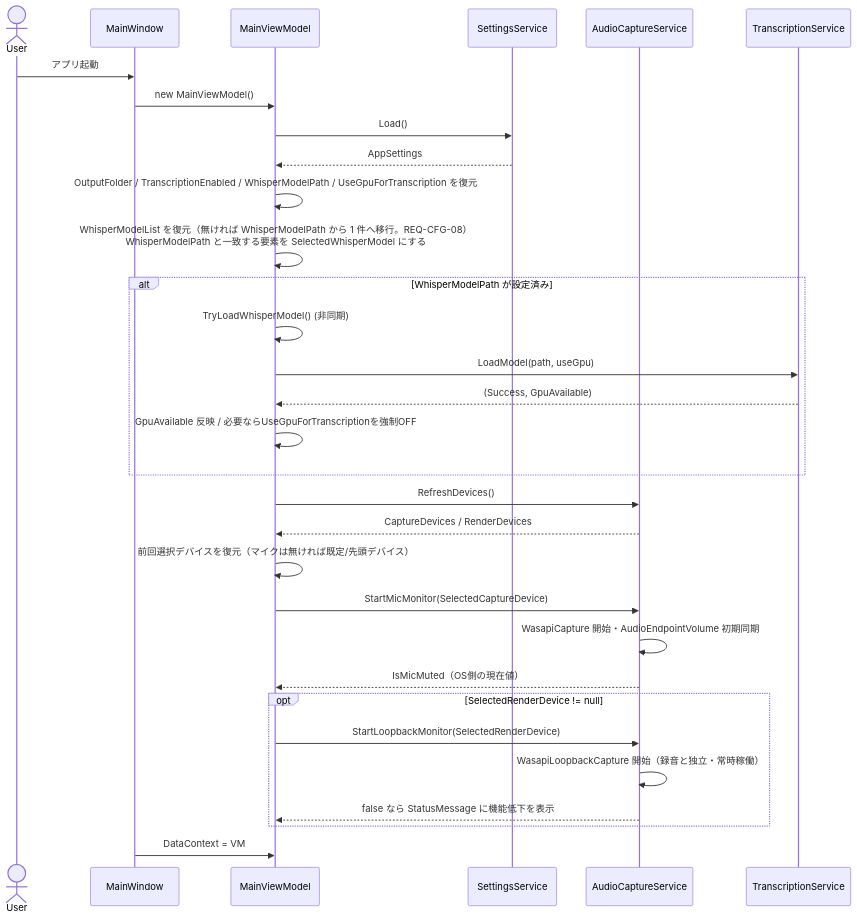
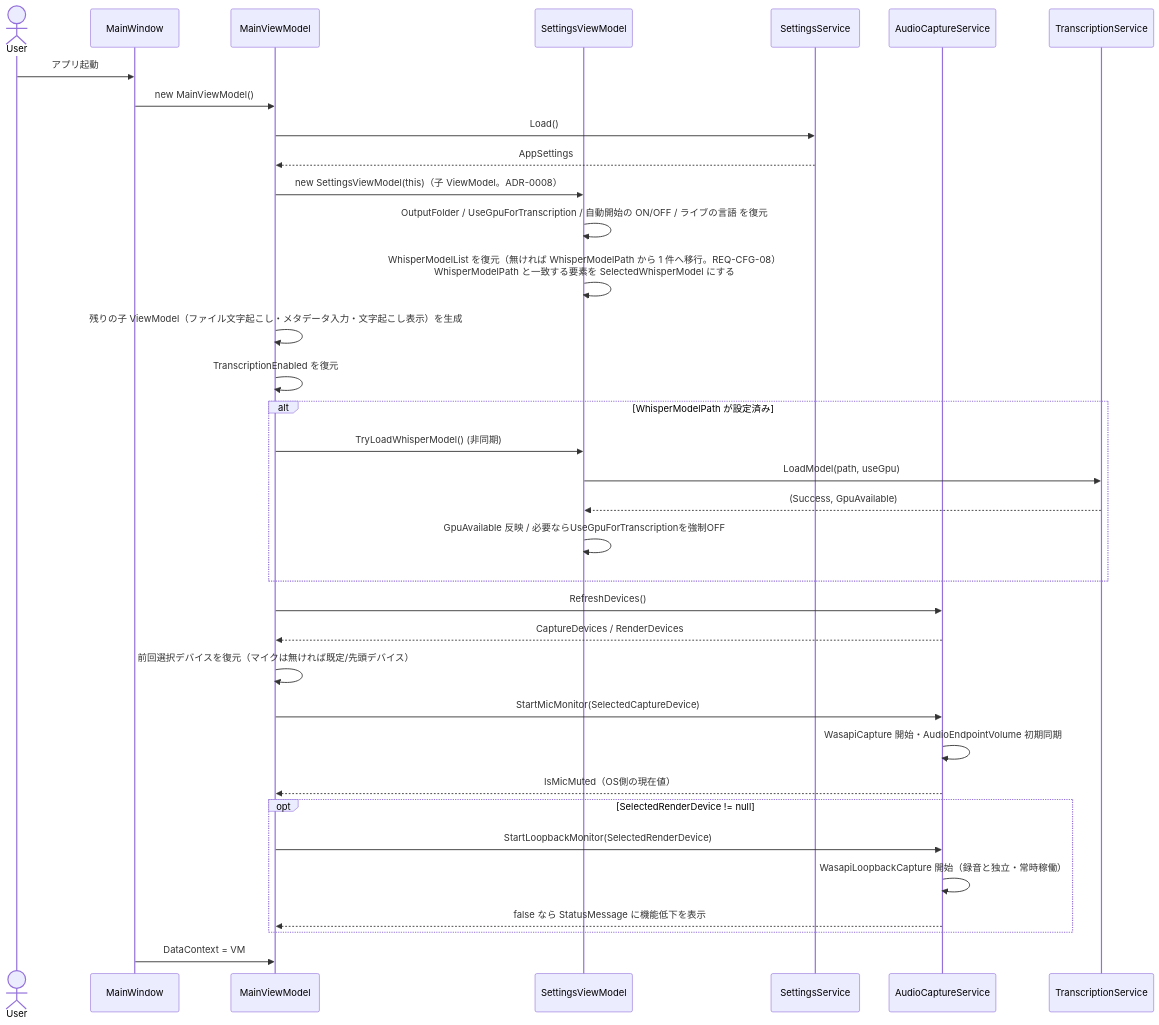
The first of 9 diagrams in docs/spec/04_sequence_diagram.md (otomac/audio-capture-app), drawn with Mermaid before and after one commit. The commit also changed other lines of this file and 36 other files, not shown here.

First line of the commit message:
T170 MainViewModel をウィンドウごとの ViewModel に分ける（ADR-0008）

````diff
--- a/docs/spec/04_sequence_diagram.md
+++ b/docs/spec/04_sequence_diagram.md
@@ -7,38 +7,42 @@
 ```mermaid
 sequenceDiagram
     actor User
     participant MW as MainWindow
     participant VM as MainViewModel
+    participant SVM as SettingsViewModel
     participant SS as SettingsService
     participant ACS as AudioCaptureService
     participant TS as TranscriptionService
 
     User->>MW: アプリ起動
     MW->>VM: new MainViewModel()
     VM->>SS: Load()
     SS-->>VM: AppSettings
-    VM->>VM: OutputFolder / TranscriptionEnabled / WhisperModelPath / UseGpuForTranscription を復元
-    VM->>VM: WhisperModelList を復元（無ければ WhisperModelPath から 1 件へ移行。REQ-CFG-08）<br/>WhisperModelPath と一致する要素を SelectedWhisperModel にする
+    VM->>SVM: new SettingsViewModel(this)（子 ViewModel。ADR-0008）
+    SVM->>SVM: OutputFolder / UseGpuForTranscription / 自動開始の ON/OFF / ライブの言語 を復元
+    SVM->>SVM: WhisperModelList を復元（無ければ WhisperModelPath から 1 件へ移行。REQ-CFG-08）<br/>WhisperModelPath と一致する要素を SelectedWhisperModel にする
+    VM->>VM: 残りの子 ViewModel（ファイル文字起こし・メタデータ入力・文字起こし表示）を生成
+    VM->>VM: TranscriptionEnabled を復元
 
     alt WhisperModelPath が設定済み
-        VM->>VM: TryLoadWhisperModel() (非同期)
-        VM->>TS: LoadModel(path, useGpu)
-        TS-->>VM: (Success, GpuAvailable)
-        VM->>VM: GpuAvailable 反映 / 必要ならUseGpuForTranscriptionを強制OFF
+        VM->>SVM: TryLoadWhisperModel() (非同期)
+        SVM->>TS: LoadModel(path, useGpu)
+        TS-->>SVM: (Success, GpuAvailable)
+        SVM->>SVM: GpuAvailable 反映 / 必要ならUseGpuForTranscriptionを強制OFF
     end
 
     VM->>ACS: RefreshDevices()
     ACS-->>VM: CaptureDevices / RenderDevices
     VM->>VM: 前回選択デバイスを復元（マイクは無ければ既定/先頭デバイス）
     VM->>ACS: StartMicMonitor(SelectedCaptureDevice)
     ACS->>ACS: WasapiCapture 開始・AudioEndpointVolume 初期同期
     ACS-->>VM: IsMicMuted（OS側の現在値）
 
     opt SelectedRenderDevice != null
         VM->>ACS: StartLoopbackMonitor(SelectedRenderDevice)
         ACS->>ACS: WasapiLoopbackCapture 開始（録音と独立・常時稼働）
         ACS-->>VM: false なら StatusMessage に機能低下を表示
     end
 
     MW->>VM: DataContext = VM
 ```
````
